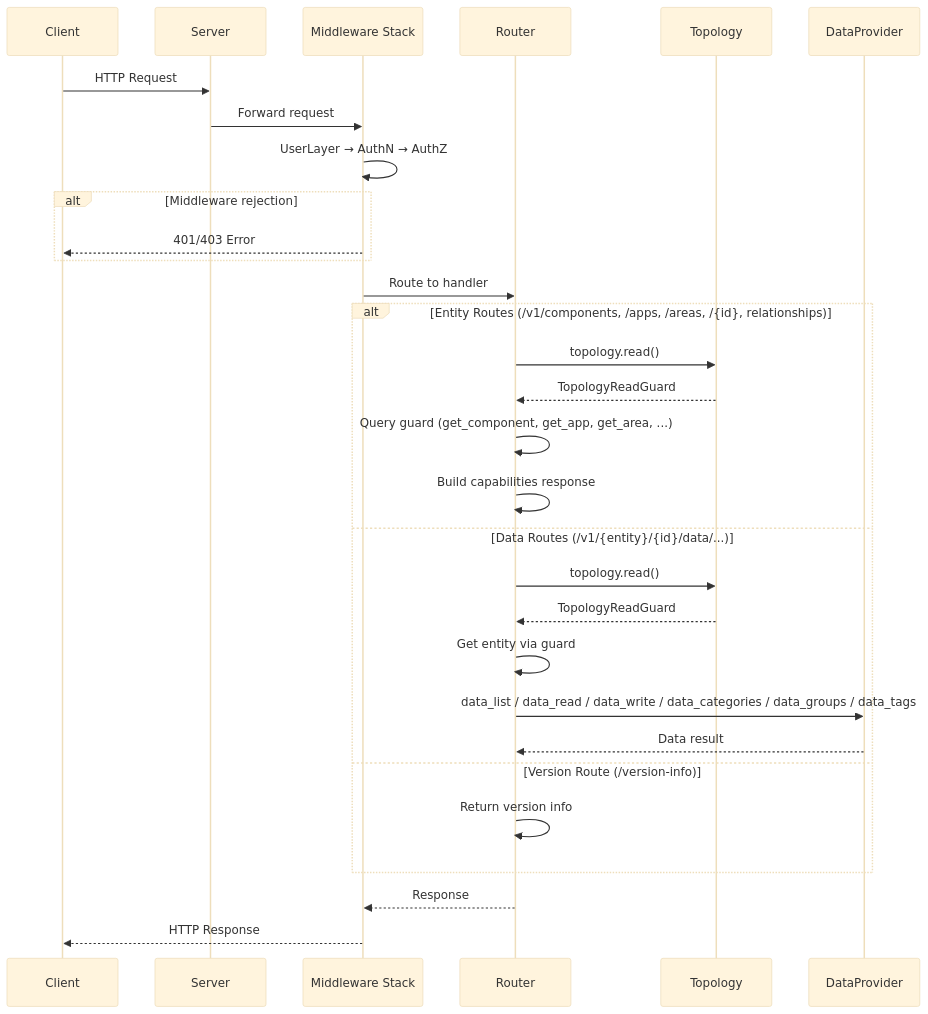
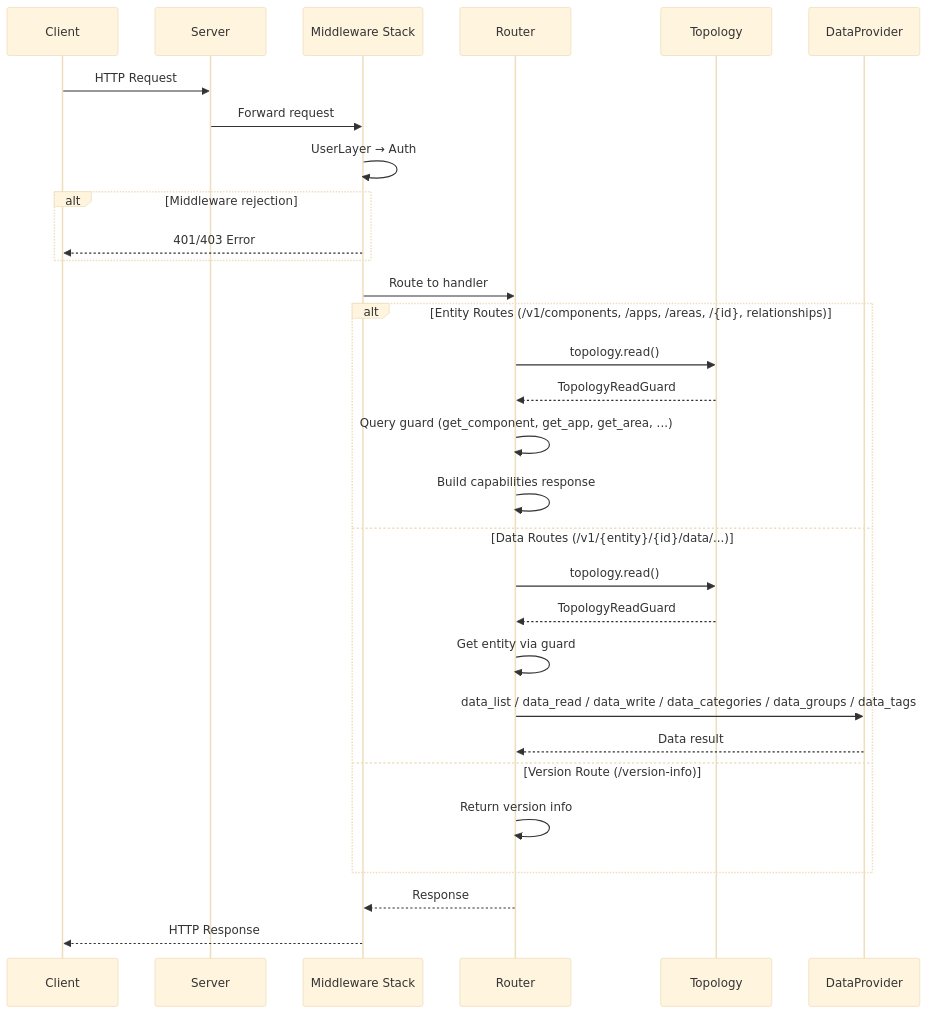
Before and after one commit to IoanAndrasi/opensovd-core: the second of 2 diagrams in docs/architecture.md, drawn with Mermaid (base theme). The commit also changed other lines of this file and 26 other files, not shown here.

````diff
--- a/docs/architecture.md
+++ b/docs/architecture.md
@@ -228,37 +226,37 @@
 ```mermaid
 sequenceDiagram
     participant C as Client
     participant S as Server
     participant MW as Middleware Stack
     participant R as Router
     participant Top as Topology
     participant DP as DataProvider
 
     C->>S: HTTP Request
     S->>MW: Forward request
-    MW->>MW: UserLayer → AuthN → AuthZ
+    MW->>MW: UserLayer → Auth
 
     alt Middleware rejection
         MW-->>C: 401/403 Error
     end
 
     MW->>R: Route to handler
 
     alt Entity Routes (/v1/components, /apps, /areas, /{id}, relationships)
         R->>Top: topology.read()
         Top-->>R: TopologyReadGuard
         R->>R: Query guard (get_component, get_app, get_area, ...)
         R->>R: Build capabilities response
     else Data Routes (/v1/{entity}/{id}/data/...)
         R->>Top: topology.read()
         Top-->>R: TopologyReadGuard
         R->>R: Get entity via guard
         R->>DP: data_list / data_read / data_write / data_categories / data_groups / data_tags
         DP-->>R: Data result
     else Version Route (/version-info)
         R->>R: Return version info
     end
 
     R-->>MW: Response
     MW-->>C: HTTP Response
 ```
````
